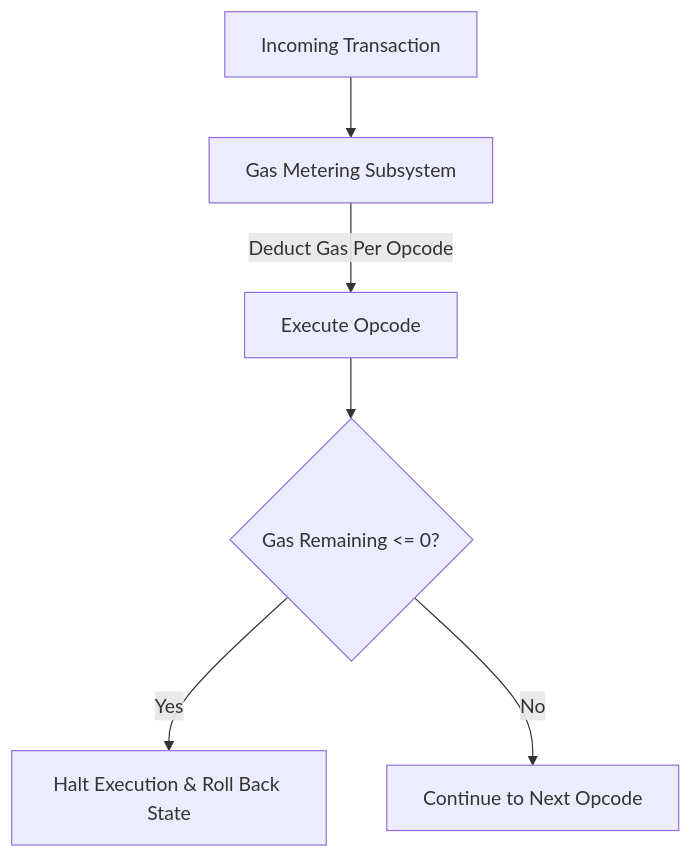
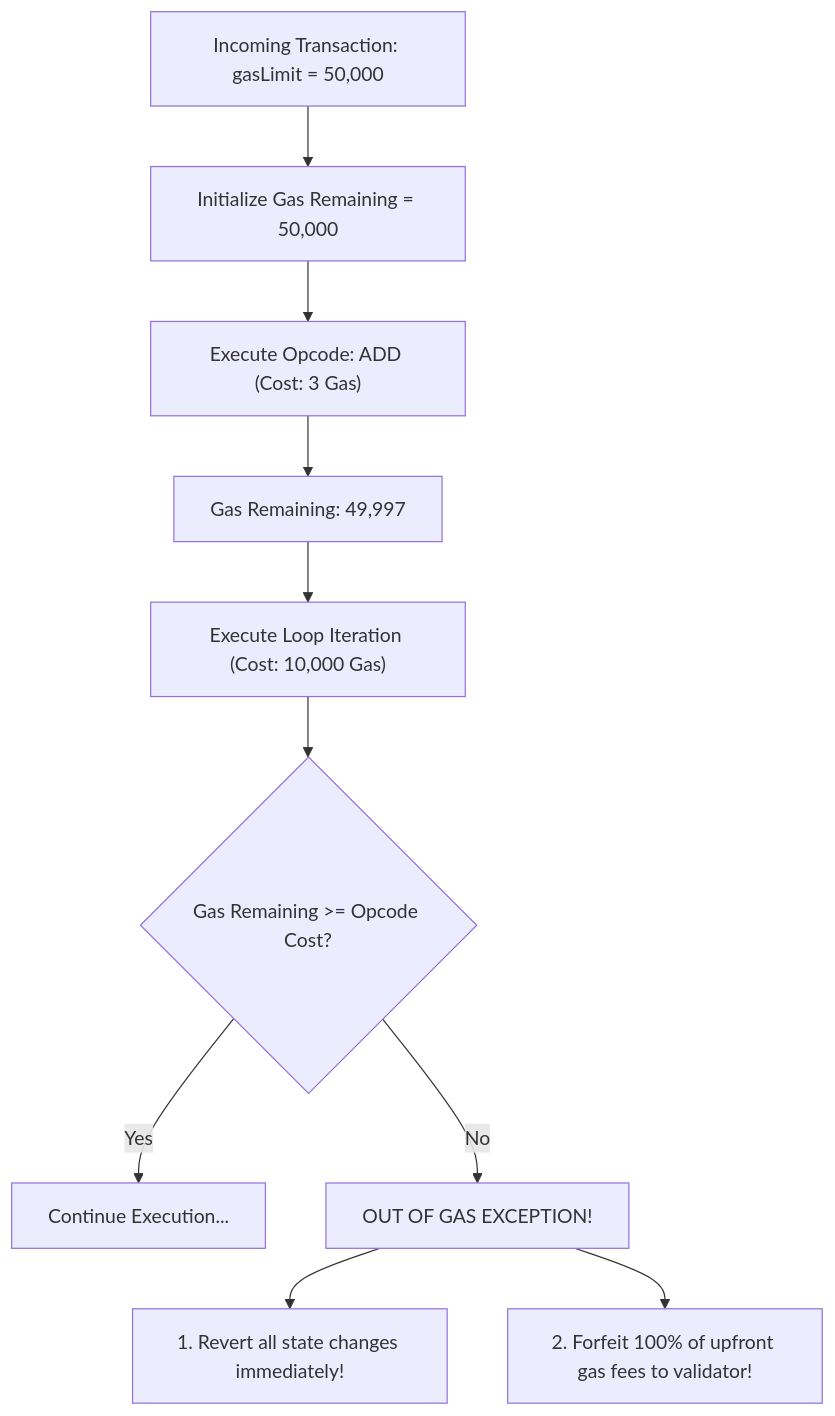
Before and after one commit to ub-society/modules: the fifth of 5 diagrams in docs/learn/fundamentals/04-programmability-and-vm/01-static-ledgers-to-programmable-state.md, drawn with Mermaid. The commit also changed other lines of this file and 4 other files, not shown here.

````diff
--- a/docs/learn/fundamentals/04-programmability-and-vm/01-static-ledgers-to-programmable-state.md
+++ b/docs/learn/fundamentals/04-programmability-and-vm/01-static-ledgers-to-programmable-state.md
@@ -99,8 +149,12 @@
 ```mermaid
 flowchart TD
-    Tx[Incoming Transaction] --> Check[Gas Metering Subsystem]
-    Check -->|Deduct Gas Per Opcode| Exec[Execute Opcode]
-    Exec --> OutOfGas{Gas Remaining <= 0?}
-    OutOfGas -- Yes --> Revert[Halt Execution & Roll Back State]
-    OutOfGas -- No --> Next[Continue to Next Opcode]
+    Tx[Incoming Transaction: gasLimit = 50,000] --> Init[Initialize Gas Remaining = 50,000]
+    Init --> Op1["Execute Opcode: ADD (Cost: 3 Gas)"]
+    Op1 --> Sub1["Gas Remaining: 49,997"]
+    Sub1 --> Loop["Execute Loop Iteration (Cost: 10,000 Gas)"]
+    Loop --> Check{"Gas Remaining >= Opcode Cost?"}
+    Check -- Yes --> Continue["Continue Execution..."]
+    Check -- No --> OOG["OUT OF GAS EXCEPTION!"]
+    OOG --> RevertState["1. Revert all state changes immediately!"]
+    OOG --> ForfeitFee["2. Forfeit 100% of upfront gas fees to validator!"]
 ```
````
